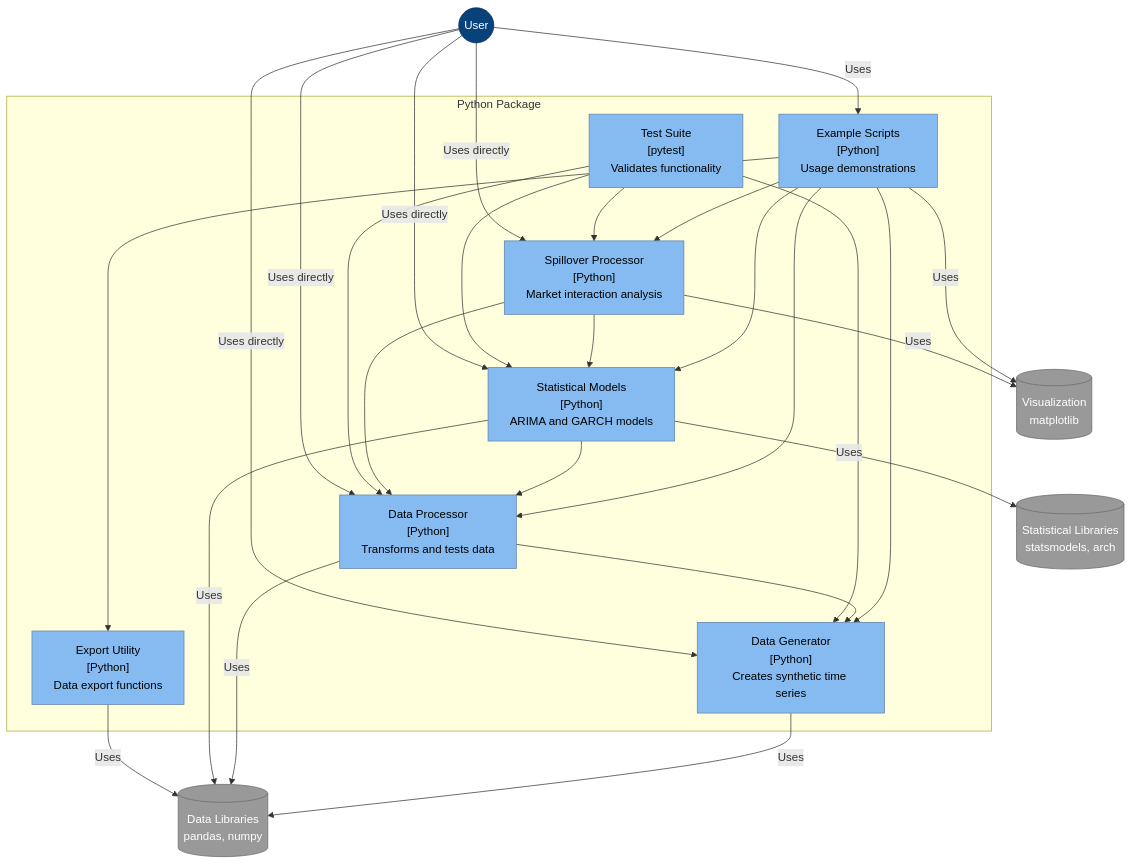
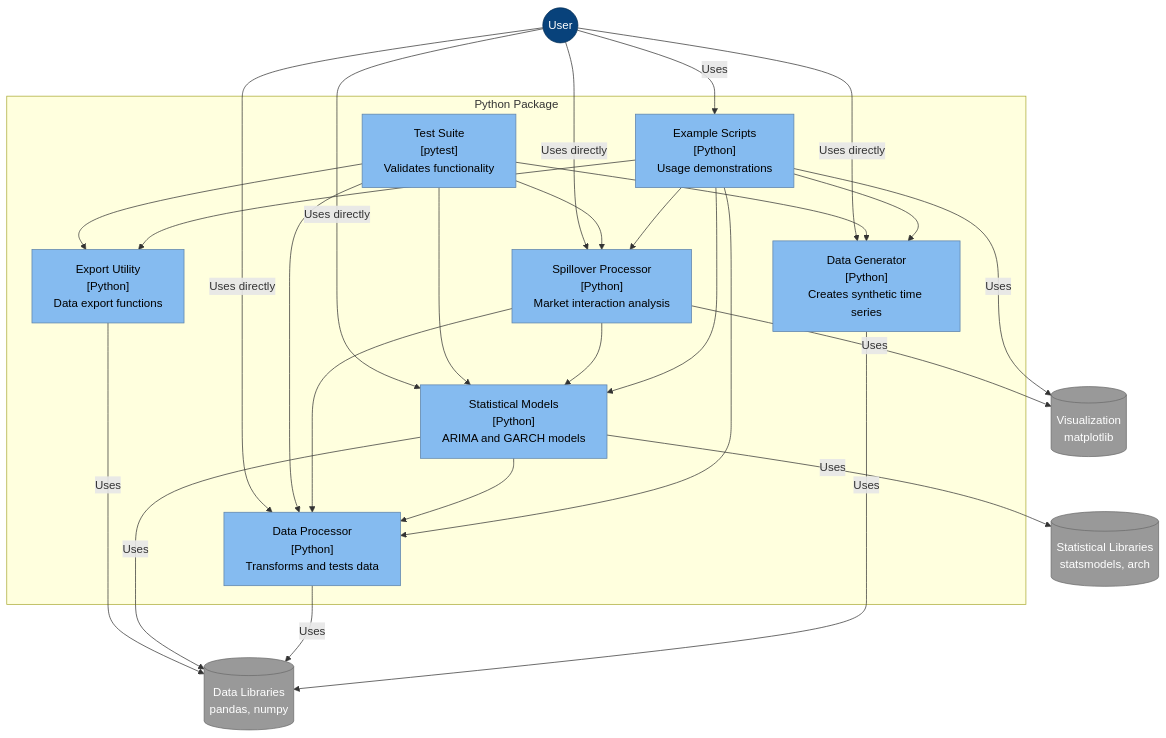
Before and after one commit to garthmortensen/timeseries-compute: the third of 5 diagrams in README.md, drawn with Mermaid. The commit also changed other lines of this file, not shown here.

Commit message:
docs(README.md): update C4 diagrams

````diff
--- a/README.md
+++ b/README.md
@@ -236,56 +239,56 @@
 ```mermaid
 flowchart TB
     %% Styling
     classDef person fill:#08427B,color:#fff,stroke:#052E56,stroke-width:1px
     classDef component fill:#85BBF0,color:#000,stroke:#5D82A8,stroke-width:1px
     classDef container fill:#438DD5,color:#fff,stroke:#2E6295,stroke-width:1px
     classDef external fill:#999999,color:#fff,stroke:#6B6B6B,stroke-width:1px
     
     %% Person
     User((User)):::person
     
     %% Package Container
     subgraph PythonPackage["Python Package"]
         DataGenerator["Data Generator<br>[Python]<br>Creates synthetic time series"]:::component
         DataProcessor["Data Processor<br>[Python]<br>Transforms and tests data"]:::component
         StatsModels["Statistical Models<br>[Python]<br>ARIMA and GARCH models"]:::component
         SpilloverProcessor["Spillover Processor<br>[Python]<br>Market interaction analysis"]:::component
         ExportUtil["Export Utility<br>[Python]<br>Data export functions"]:::component
         ExampleScripts["Example Scripts<br>[Python]<br>Usage demonstrations"]:::component
         TestSuite["Test Suite<br>[pytest]<br>Validates functionality"]:::component
         
         %% Component relationships
         ExampleScripts --> DataGenerator
         ExampleScripts --> DataProcessor
         ExampleScripts --> StatsModels
         ExampleScripts --> SpilloverProcessor
         ExampleScripts --> ExportUtil
-        DataProcessor --> DataGenerator
         StatsModels --> DataProcessor
         SpilloverProcessor --> StatsModels
         SpilloverProcessor --> DataProcessor
         TestSuite --> DataGenerator
         TestSuite --> DataProcessor
         TestSuite --> StatsModels
         TestSuite --> SpilloverProcessor
+        TestSuite --> ExportUtil
     end
 
     %% External Components
     StatsLibraries[(Statistical Libraries<br>statsmodels, arch)]:::external
     DataLibraries[(Data Libraries<br>pandas, numpy)]:::external
     VisualizationLibraries[(Visualization<br>matplotlib)]:::external
     
     %% Relationships
     User -- "Uses" --> ExampleScripts
     User -- "Uses directly" --> DataGenerator
     User -- "Uses directly" --> DataProcessor
     User -- "Uses directly" --> StatsModels
     User -- "Uses directly" --> SpilloverProcessor
     DataGenerator -- "Uses" --> DataLibraries
     DataProcessor -- "Uses" --> DataLibraries
     StatsModels -- "Uses" --> StatsLibraries
     StatsModels -- "Uses" --> DataLibraries
     ExampleScripts -- "Uses" --> VisualizationLibraries
     SpilloverProcessor -- "Uses" --> VisualizationLibraries
     ExportUtil -- "Uses" --> DataLibraries
 ```
````
